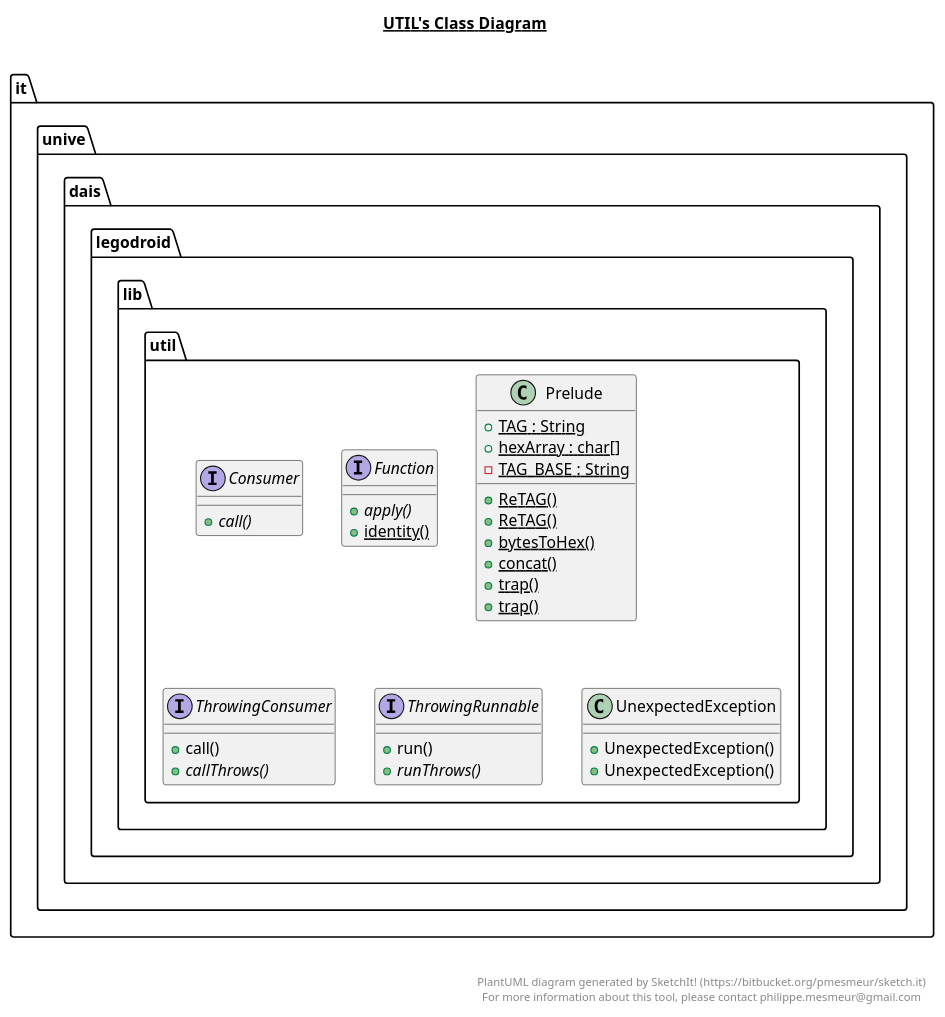
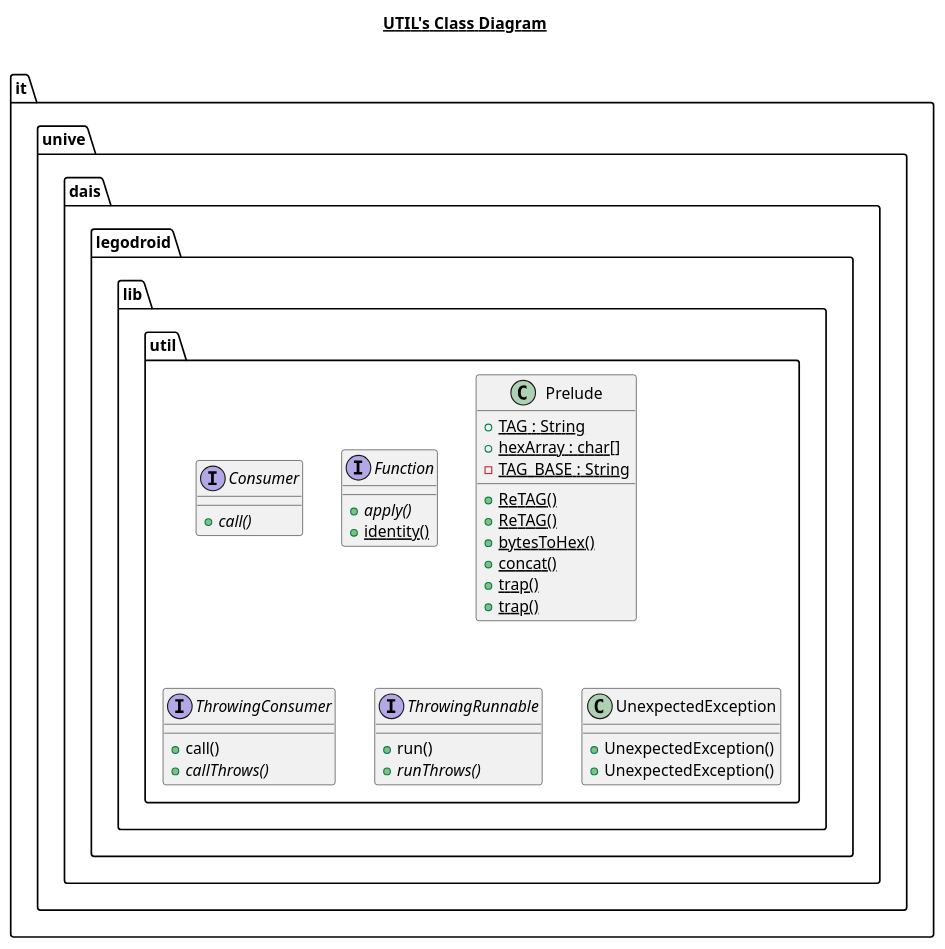
One commit to alvisespano/Legodroid changed the diagram in lib/src/main/java/it/unive/dais/legodroid/lib/util/util.plantuml. Above: the diagram before and after it, drawn with PlantUML. The commit also changed 4 other files, not shown here.

```diff
--- a/lib/src/main/java/it/unive/dais/legodroid/lib/util/util.plantuml
+++ b/lib/src/main/java/it/unive/dais/legodroid/lib/util/util.plantuml
@@ -1,92 +1,85 @@
 @startuml
 
 title __UTIL's Class Diagram__\n
 
   namespace it.unive.dais.legodroid {
     namespace lib {
       namespace util {
         interface it.unive.dais.legodroid.lib.util.Consumer {
             {abstract} + call()
         }
       }
     }
   }
   
 
   namespace it.unive.dais.legodroid {
     namespace lib {
       namespace util {
         interface it.unive.dais.legodroid.lib.util.Function {
             {abstract} + apply()
             {static} + identity()
         }
       }
     }
   }
   
 
   namespace it.unive.dais.legodroid {
     namespace lib {
       namespace util {
         class it.unive.dais.legodroid.lib.util.Prelude {
             {static} + TAG : String
             {static} + hexArray : char[]
             {static} - TAG_BASE : String
             {static} + ReTAG()
             {static} + ReTAG()
             {static} + bytesToHex()
             {static} + concat()
             {static} + trap()
             {static} + trap()
         }
       }
     }
   }
   
 
   namespace it.unive.dais.legodroid {
     namespace lib {
       namespace util {
         interface it.unive.dais.legodroid.lib.util.ThrowingConsumer {
             + call()
             {abstract} + callThrows()
         }
       }
     }
   }
   
 
   namespace it.unive.dais.legodroid {
     namespace lib {
       namespace util {
         interface it.unive.dais.legodroid.lib.util.ThrowingRunnable {
             + run()
             {abstract} + runThrows()
         }
       }
     }
   }
   
 
   namespace it.unive.dais.legodroid {
     namespace lib {
       namespace util {
         class it.unive.dais.legodroid.lib.util.UnexpectedException {
             + UnexpectedException()
             + UnexpectedException()
         }
       }
     }
   }
   
 
 
 
-right footer
-
-
-PlantUML diagram generated by SketchIt! (https://bitbucket.org/pmesmeur/sketch.it)
-For more information about this tool, please contact philippe.mesmeur@gmail.com
-endfooter
-
 @enduml
```
